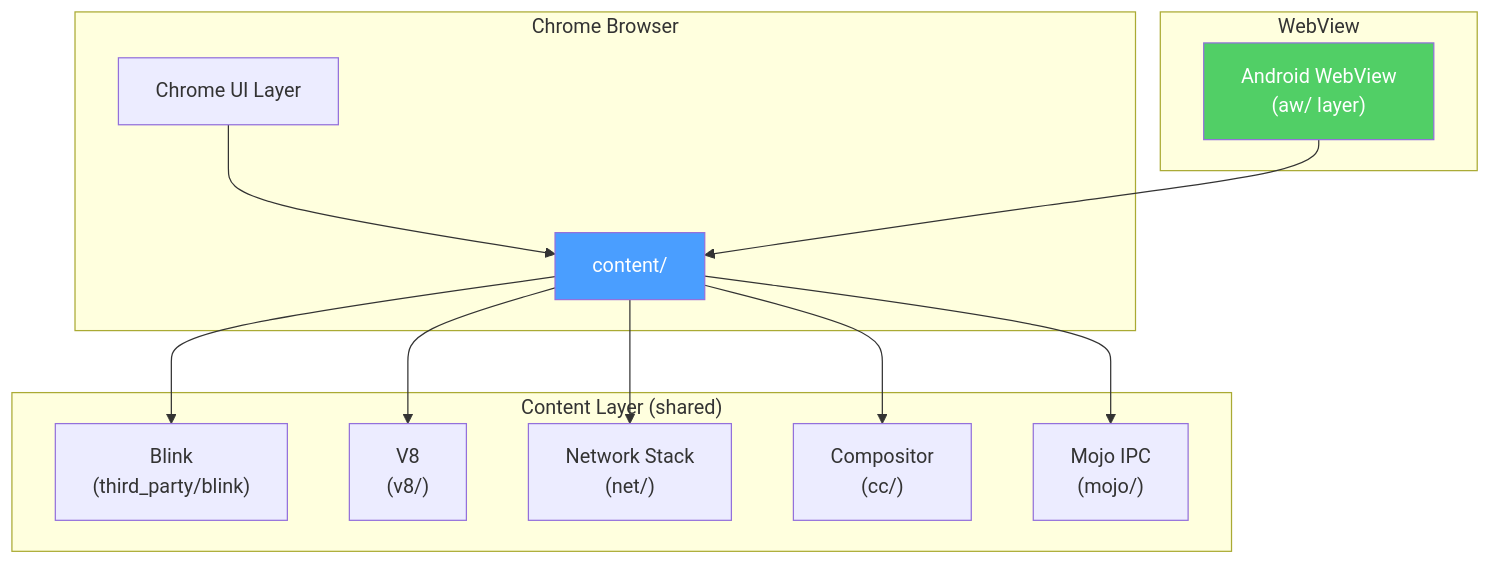
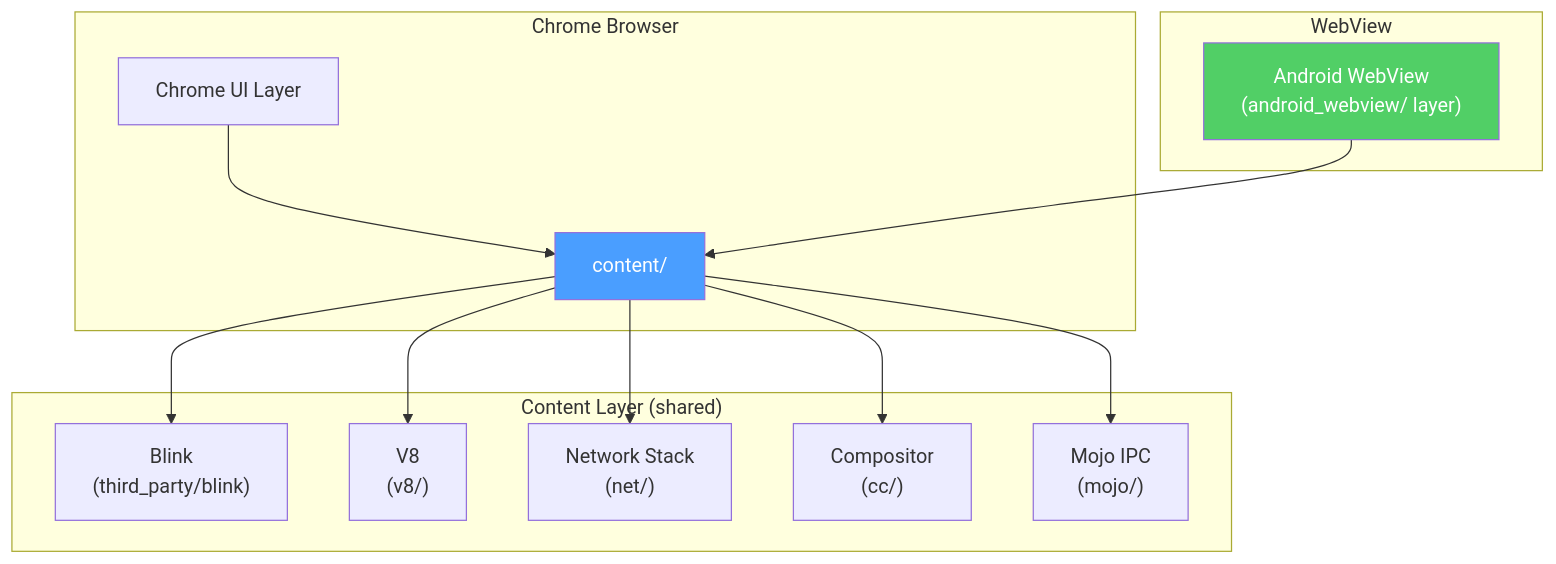
One commit to aospbooks/aosp-internal-book changed diagram 11 of 18 in agents/claude/skills/aosp-ui-framework/45-webview.md. Above: the diagram before and after it, drawn with Mermaid. The commit also changed other lines of this file and 218 other files, not shown here.

````diff
--- a/agents/claude/skills/aosp-ui-framework/45-webview.md
+++ b/agents/claude/skills/aosp-ui-framework/45-webview.md
@@ -1505,24 +1509,24 @@
 ```mermaid
 graph TB
     subgraph "Chrome Browser"
         CHROME_UI["Chrome UI Layer"]
         CHROME_UI --> CONTENT
     end
 
     subgraph "WebView"
-        AW["Android WebView<br/>(aw/ layer)"]
+        AW["Android WebView<br/>(android_webview/ layer)"]
         AW --> CONTENT
     end
 
     subgraph "Content Layer (shared)"
         CONTENT["content/"]
         CONTENT --> BLINK["Blink<br/>(third_party/blink)"]
         CONTENT --> V8_ENG["V8<br/>(v8/)"]
         CONTENT --> NET["Network Stack<br/>(net/)"]
         CONTENT --> CC["Compositor<br/>(cc/)"]
         CONTENT --> MOJO["Mojo IPC<br/>(mojo/)"]
     end
 
     style CONTENT fill:#4a9eff,color:#fff
     style AW fill:#51cf66,color:#fff
 ```
````
